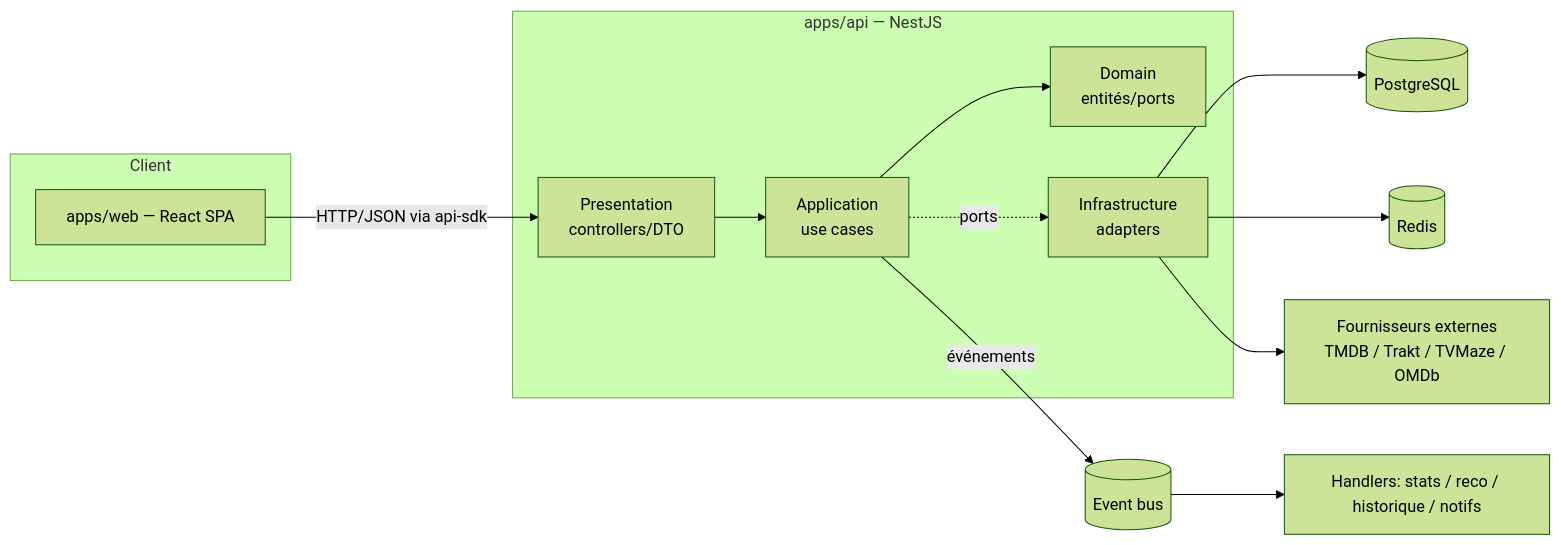
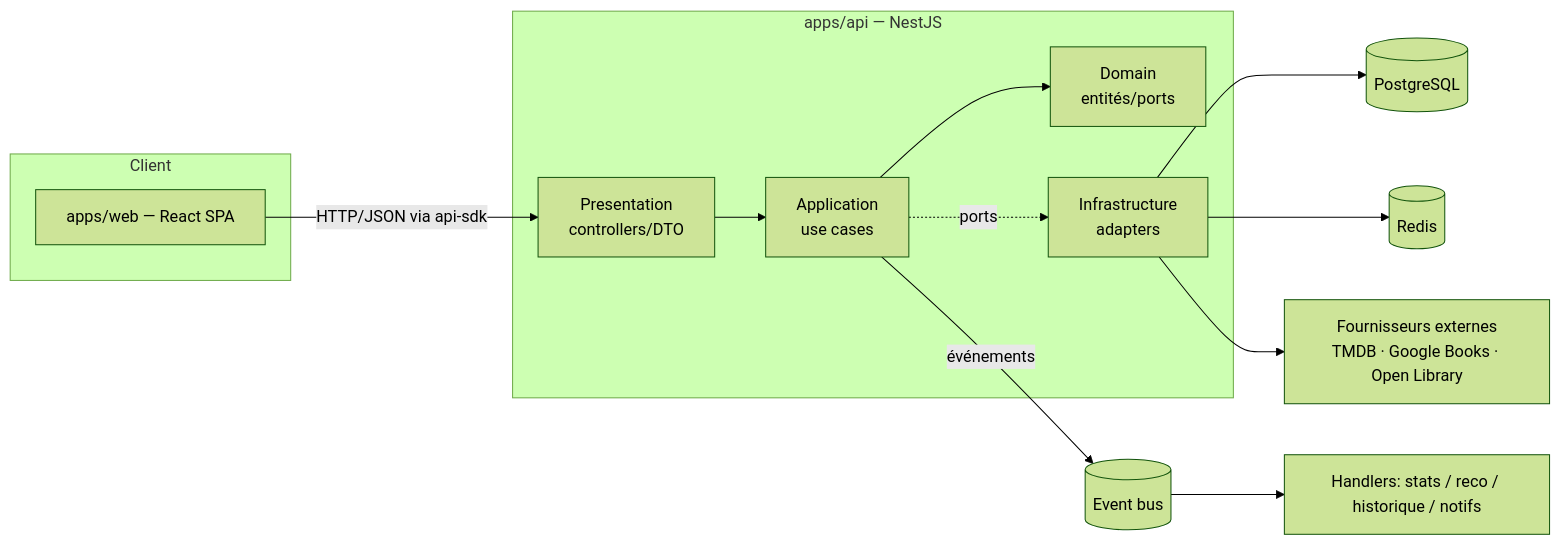
The first of 4 diagrams in docs/architecture/02-architecture-overview.md (p0p314/Otium), drawn with Mermaid (forest theme) before and after one commit. The commit also changed other lines of this file and 100 other files, not shown here.

First line of the commit message:
feat(books): catégorie Livres de bout en bout (Google Books + Open Library) (#47)

````diff
--- a/docs/architecture/02-architecture-overview.md
+++ b/docs/architecture/02-architecture-overview.md
@@ -13,26 +13,26 @@
 ```mermaid
 flowchart LR
   subgraph Client
     Web[apps/web — React SPA]
   end
 
   subgraph Server[apps/api — NestJS]
     Pres[Presentation<br/>controllers/DTO]
     App[Application<br/>use cases]
     Dom[Domain<br/>entités/ports]
     Infra[Infrastructure<br/>adapters]
   end
 
   DB[(PostgreSQL)]
   Cache[(Redis)]
-  Ext[Fournisseurs externes<br/>TMDB / Trakt / TVMaze / OMDb]
+  Ext[Fournisseurs externes<br/>TMDB · Google Books · Open Library]
 
   Web -- HTTP/JSON via api-sdk --> Pres
   Pres --> App --> Dom
   App -.ports.-> Infra
   Infra --> DB
   Infra --> Cache
   Infra --> Ext
   App -- événements --> Bus[(Event bus)]
   Bus --> Handlers[Handlers: stats / reco / historique / notifs]
 ```
````
